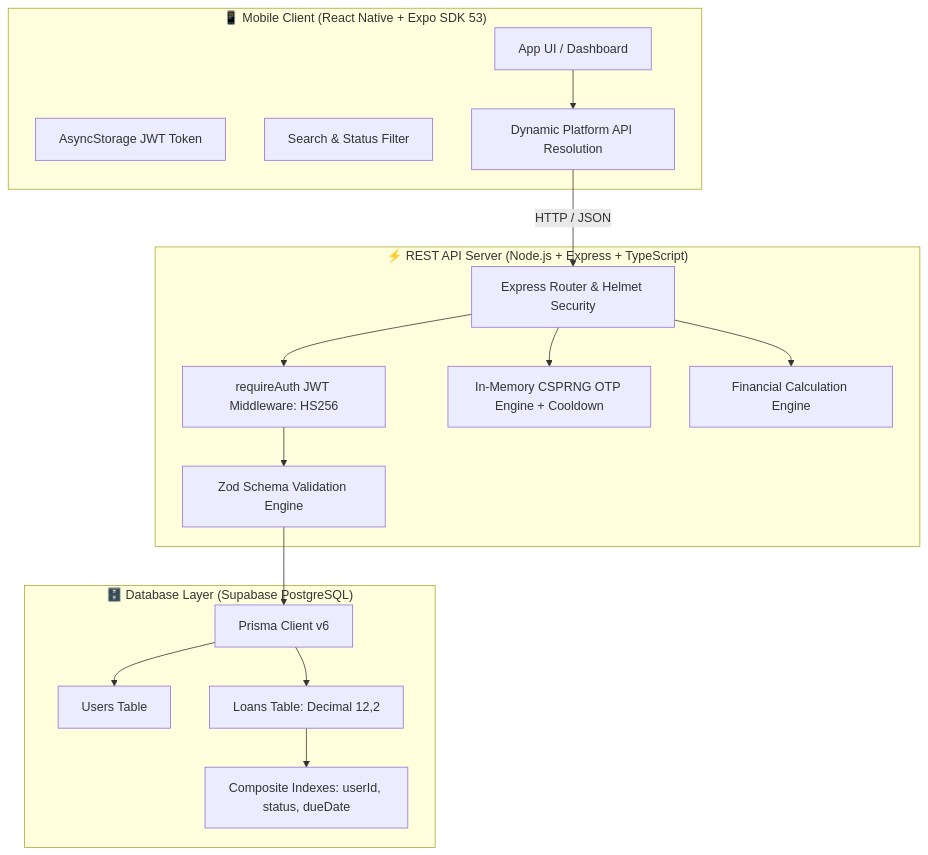
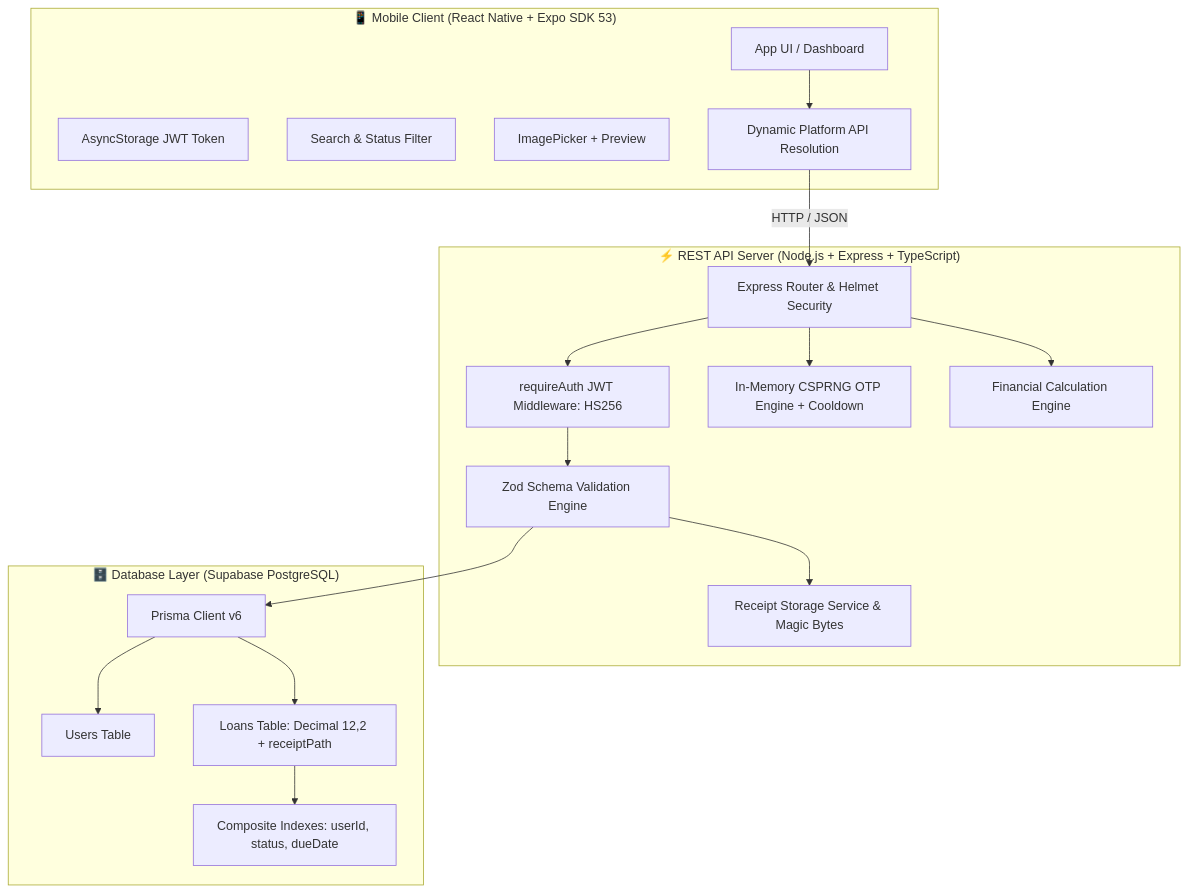
Before and after one commit to abhishekpathak17052005/Miniledger: the first of 2 diagrams in README.md, drawn with Mermaid. The commit also changed other lines of this file and 14 other files, not shown here.

Commit message:
feat(receipts): add secure loan receipt attachments and storage

````diff
--- a/README.md
+++ b/README.md
@@ -66,35 +74,38 @@
 ```mermaid
 graph TD
     subgraph Mobile ["📱 Mobile Client (React Native + Expo SDK 53)"]
         UI[App UI / Dashboard]
         AuthStore[AsyncStorage JWT Token]
         Filter[Search & Status Filter]
+        ReceiptPicker[ImagePicker + Preview]
         PlatformCfg[Dynamic Platform API Resolution]
     end
 
     subgraph API ["⚡ REST API Server (Node.js + Express + TypeScript)"]
         Router[Express Router & Helmet Security]
         AuthMid[requireAuth JWT Middleware: HS256]
         ZodVal[Zod Schema Validation Engine]
         OtpStore[In-Memory CSPRNG OTP Engine + Cooldown]
+        StorageSvc[Receipt Storage Service & Magic Bytes]
         CalcEngine[Financial Calculation Engine]
     end
 
     subgraph Database ["🗄️ Database Layer (Supabase PostgreSQL)"]
         Prisma[Prisma Client v6]
         UserTable[Users Table]
-        LoanTable[Loans Table: Decimal 12,2]
+        LoanTable[Loans Table: Decimal 12,2 + receiptPath]
         Indexes[Composite Indexes: userId, status, dueDate]
     end
 
     UI --> PlatformCfg
     PlatformCfg -->|HTTP / JSON| Router
     Router --> AuthMid
     AuthMid --> ZodVal
     ZodVal --> Prisma
+    ZodVal --> StorageSvc
     Router --> OtpStore
     Router --> CalcEngine
     Prisma --> UserTable
     Prisma --> LoanTable
     LoanTable --> Indexes
 ```
````
